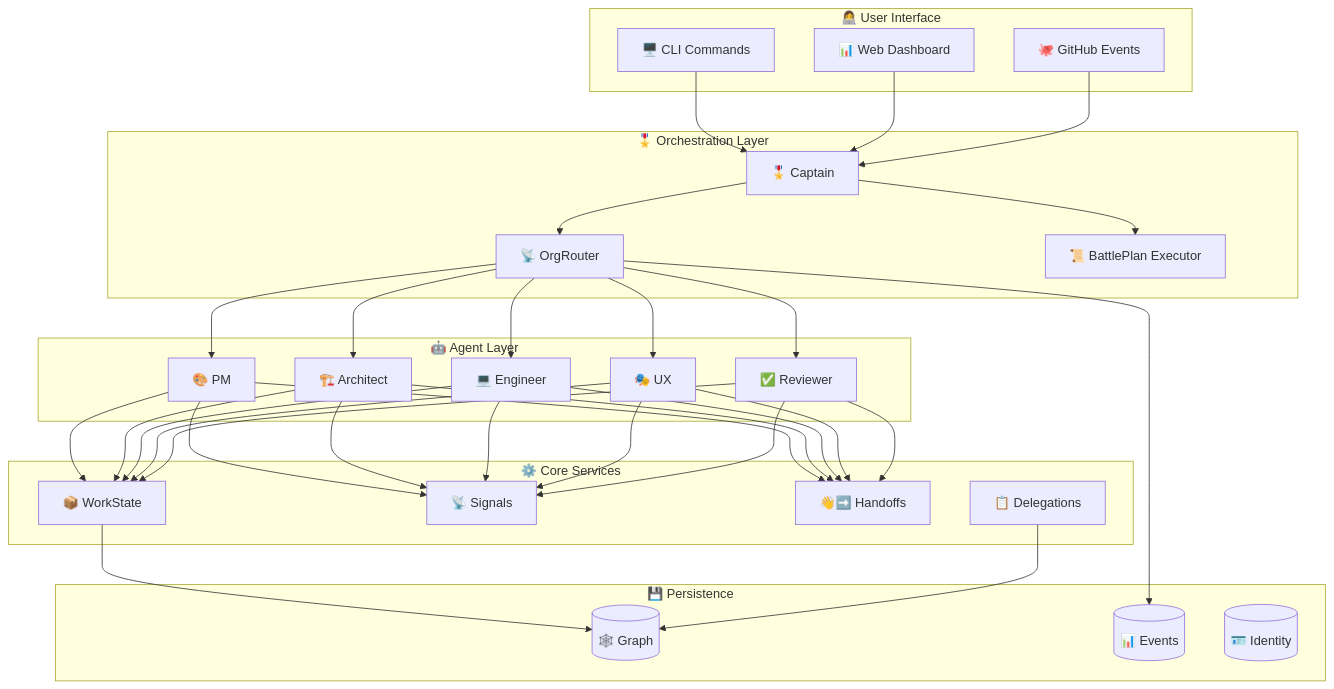
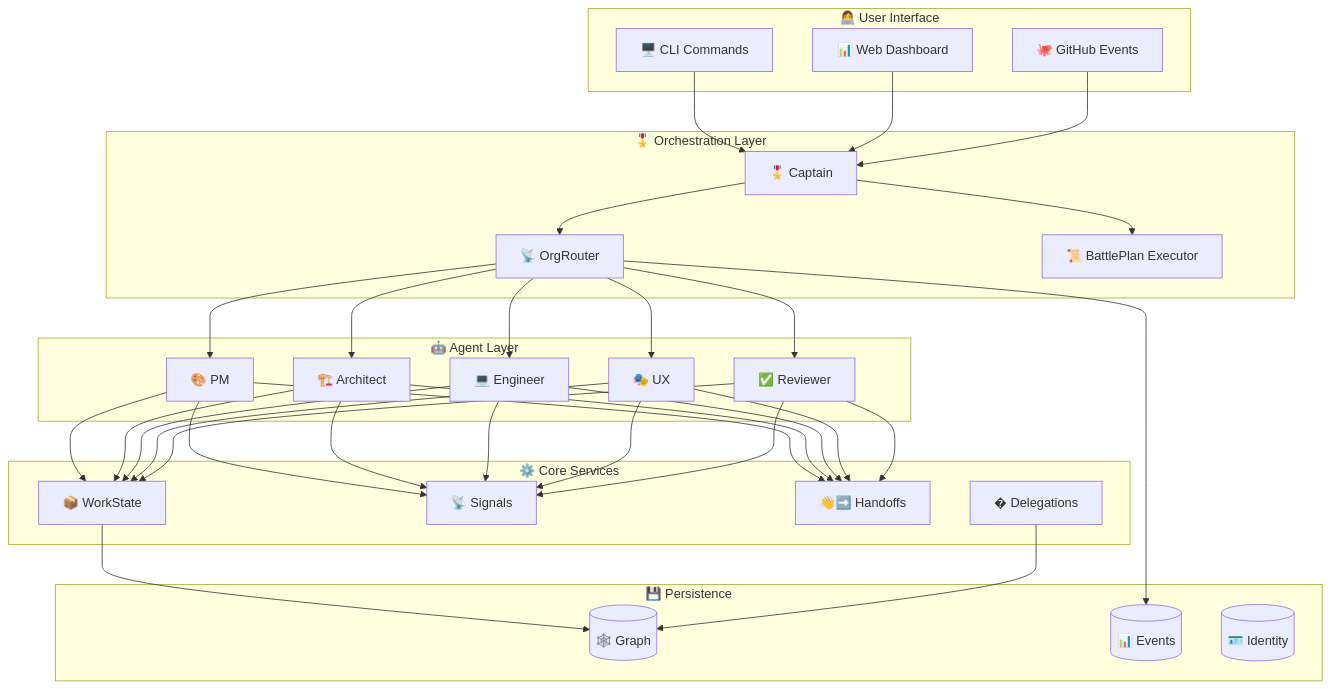
One commit to jnPiyush/AI-Squad changed the seventh of 7 diagrams in README.md. Above: the diagram before and after it, drawn with Mermaid. The commit also changed other lines of this file, not shown here.

````diff
--- a/README.md
+++ b/README.md
@@ -530,43 +530,43 @@
 ```mermaid
 graph TB
     subgraph "👩‍💻 User Interface"
         CLI["🖥️ CLI Commands"]
         Dashboard["📊 Web Dashboard"]
         GH["🐙 GitHub Events"]
     end
     
     subgraph "🎖️ Orchestration Layer"
         Captain["🎖️ Captain"]
         Router["📡 OrgRouter"]
         BPE["📜 BattlePlan Executor"]
     end
     
     subgraph "🤖 Agent Layer"
         PM["🎨 PM"]
         Arch["🏗️ Architect"]
         Eng["💻 Engineer"]
         UX["🎭 UX"]
         Rev["✅ Reviewer"]
     end
     
     subgraph "⚙️ Core Services"
         WS["📦 WorkState"]
         Signal["📡 Signals"]
         Handoff["👋➡️ Handoffs"]
-        Del["📋 Delegations"]
+        Del["� Delegations"]
     end
     
     subgraph "💾 Persistence"
         Graph[("🕸️ Graph")]
         Events[("📊 Events")]
         Identity[("🪪 Identity")]
     end
     
     CLI & Dashboard & GH --> Captain
     Captain --> Router --> PM & Arch & Eng & UX & Rev
     Captain --> BPE
     PM & Arch & Eng & UX & Rev --> WS & Signal & Handoff
     WS --> Graph
     Del --> Graph
     Router --> Events
 ```
````
